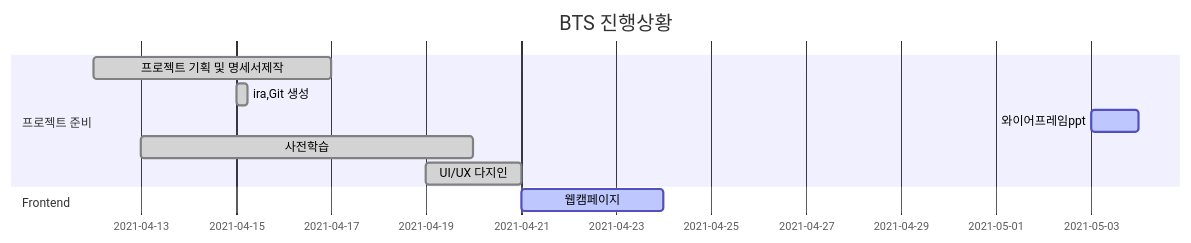
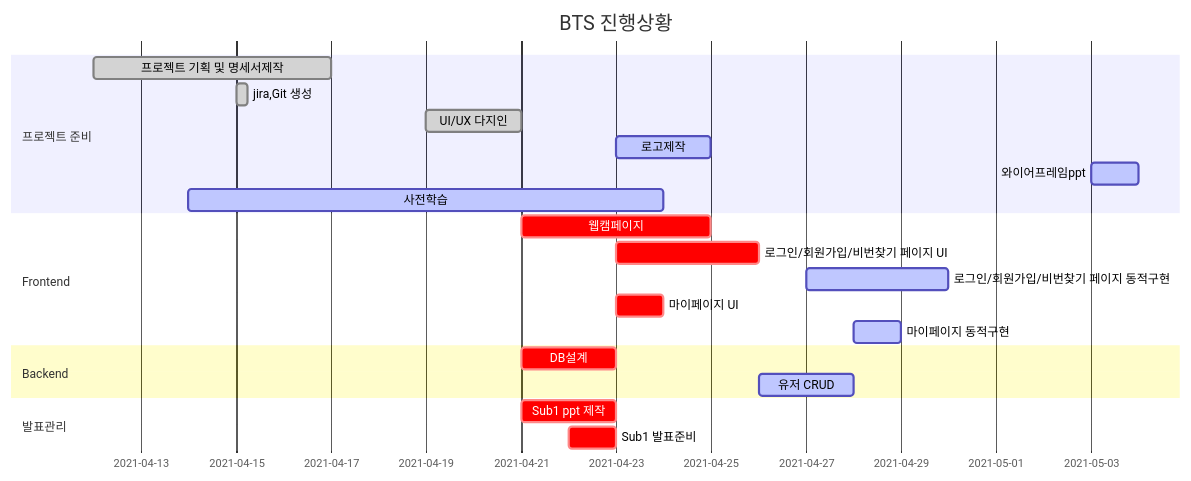
One commit to Luminousjiny/PJT_BTS changed the diagram in README.md. Above: the diagram before and after it, drawn with Mermaid. The commit also changed other lines of this file, not shown here.

Commit message:
[docs] 리드미 간트차트 수정

````diff
--- a/README.md
+++ b/README.md
@@ -48,22 +48,29 @@
 ```mermaid
 gantt
     title BTS 진행상황
     dateFormat  YYYY-MM-DD
     section 프로젝트 준비
-    
     프로젝트 기획 및 명세서제작 : done, 2021-04-12, 5d
-    ira,Git 생성  :done, 2021-04-15, 6h
+    jira,Git 생성  :done, 2021-04-15, 6h
+    UI/UX 다지인  : done,   2021-04-19, 2d
+    로고제작 : active, 2021-04-23, 2d
     와이어프레임ppt : active, 2021-05-03, 1d
-    사전학습   :done, 2021-04-13, 7d
-    UI/UX 다지인  : done,   2021-04-19, 2d
-    
+    사전학습  : active, 2021-04-14, 10d
 
     section Frontend
-    웹캠페이지 : active, 2021-04-21, 3d
-    
+    웹캠페이지 : crit, 2021-04-21, 4d
+    로그인/회원가입/비번찾기 페이지 UI : crit, 2021-04-23, 3d
+    로그인/회원가입/비번찾기 페이지 동적구현 : active, 2021-04-27, 3d
+    마이페이지 UI : crit, 2021-04-23, 1d
+    마이페이지 동적구현 : active, 2021-04-28, 1d
     
     section Backend
+    DB설계 : crit, 2021-04-21, 2d
+    유저 CRUD : active, 2021-04-26, 2d
     
     section Game
     
+    section 발표관리
+    Sub1 ppt 제작 : crit, 2021-04-21, 2d
+    Sub1 발표준비 : crit, 2021-04-22, 1d
 ```
````
